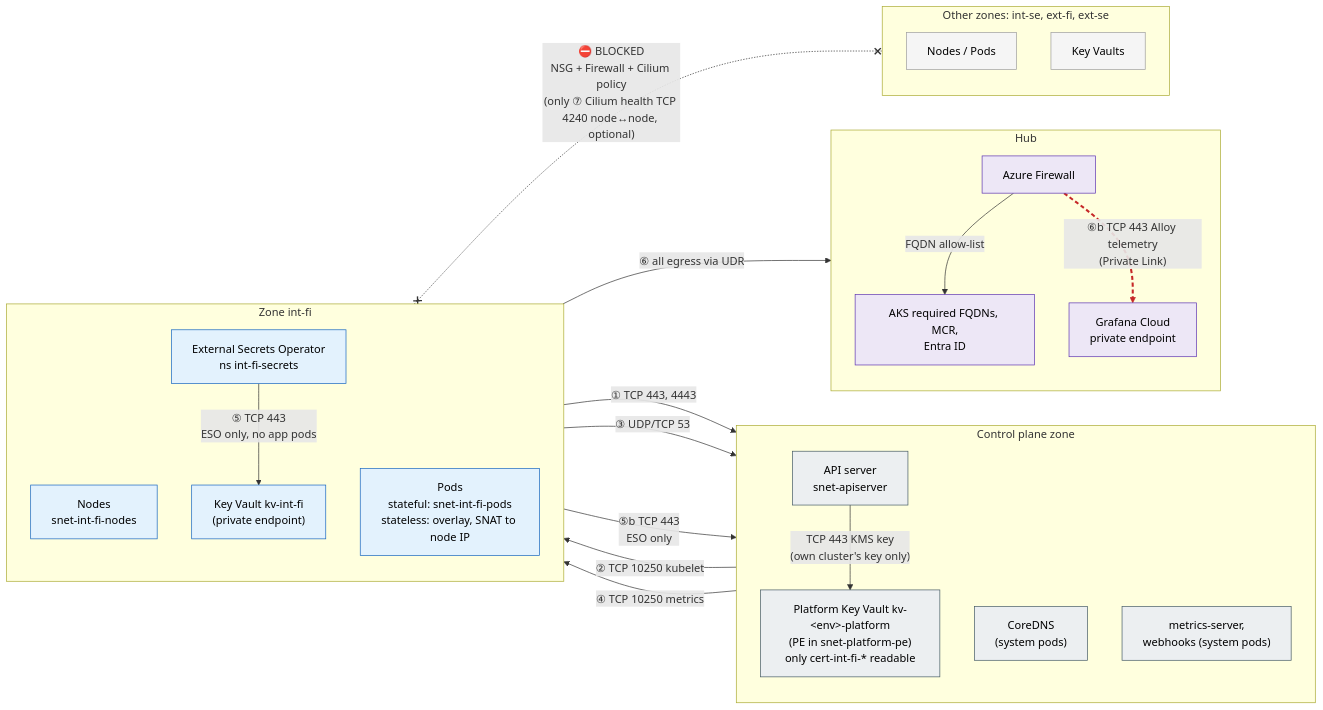
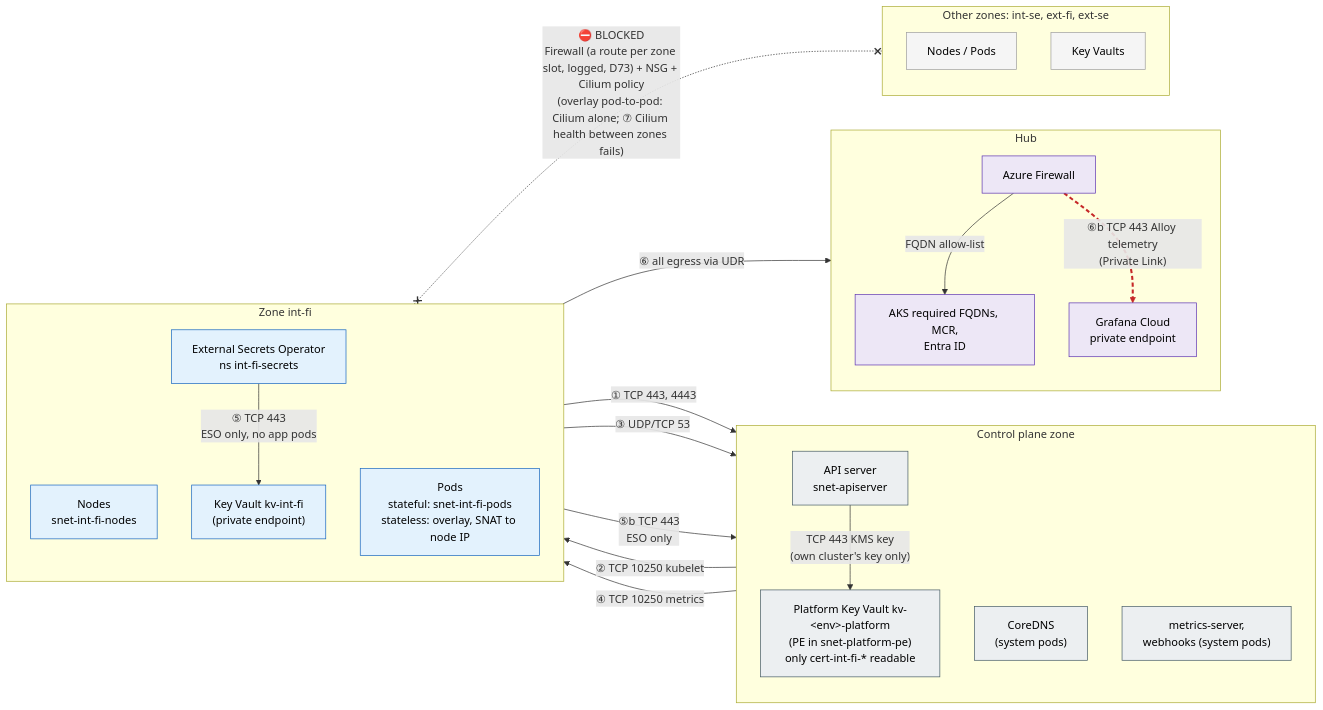
The diagram in diagrams/2.4-allowed-flows.mmd (onek8s/onek8s.github.io), drawn with Mermaid before and after one commit. The commit also changed 16 other files, not shown here.

First line of the commit message:
Zone-to-zone traffic through the hub Firewall (D73) and the pod-subnet cell with classic node pools (D74) (#75)

```diff
--- a/diagrams/2.4-allowed-flows.mmd
+++ b/diagrams/2.4-allowed-flows.mmd
@@ -1,54 +1,54 @@
 %% Mandatory flows (numbered) for one workload zone; everything else between zones is blocked.
 %% The same pattern repeats for every zone; only the zone's own Key Vault and Gateway differ.
 flowchart LR
     subgraph CP["Control plane zone"]
         direction TB
         api["API server<br/>snet-apiserver"]
         dns["CoreDNS<br/>(system pods)"]
         ms["metrics-server,<br/>webhooks (system pods)"]
         pkv["Platform Key Vault kv-&lt;env&gt;-platform<br/>(PE in snet-platform-pe)<br/>only cert-int-fi-* readable"]
     end
 
     subgraph Z["Zone int-fi"]
         direction TB
         n["Nodes<br/>snet-int-fi-nodes"]
         p["Pods<br/>stateful: snet-int-fi-pods<br/>stateless: overlay, SNAT to node IP"]
         eso["External Secrets Operator<br/>ns int-fi-secrets"]
         kv["Key Vault kv-int-fi<br/>(private endpoint)"]
     end
 
     subgraph H["Hub"]
         direction TB
         fw["Azure Firewall"]
         azure["AKS required FQDNs, MCR,<br/>Entra ID"]
         gpe["Grafana Cloud<br/>private endpoint"]
     end
 
     subgraph O["Other zones: int-se, ext-fi, ext-se"]
         direction TB
         on["Nodes / Pods"]
         okv["Key Vaults"]
     end
 
     n -->|"① TCP 443, 4443"| api
     api -->|"② TCP 10250 kubelet"| n
     p -->|"③ UDP/TCP 53"| dns
     ms -->|"④ TCP 10250 metrics"| n
     eso -->|"⑤ TCP 443<br/>ESO only, no app pods"| kv
     eso -->|"⑤b TCP 443<br/>ESO only"| pkv
     api -->|"TCP 443 KMS key<br/>(own cluster's key only)"| pkv
     Z -->|"⑥ all egress via UDR"| fw
     fw -->|"FQDN allow-list"| azure
     fw -->|"⑥b TCP 443 Alloy telemetry<br/>(Private Link)"| gpe
-    Z x-.-x|"⛔ BLOCKED<br/>NSG + Firewall + Cilium policy<br/>(only ⑦ Cilium health TCP 4240 node↔node, optional)"| O
+    Z x-.-x|"⛔ BLOCKED<br/>Firewall (a route per zone slot, logged, D73) + NSG + Cilium policy<br/>(overlay pod-to-pod: Cilium alone; ⑦ Cilium health between zones fails)"| O
 
     linkStyle 9 stroke:#c62828,stroke-width:3px,stroke-dasharray:6 4
 
     classDef cp fill:#eceff1,stroke:#455a64,color:#000
     classDef int fill:#e3f2fd,stroke:#1565c0,color:#000
     classDef other fill:#f5f5f5,stroke:#9e9e9e,color:#000
     classDef hub fill:#ede7f6,stroke:#5e35b1,color:#000
     class api,dns,ms,pkv cp
     class n,p,eso,kv int
     class on,okv other
     class fw,azure,gpe hub
```
